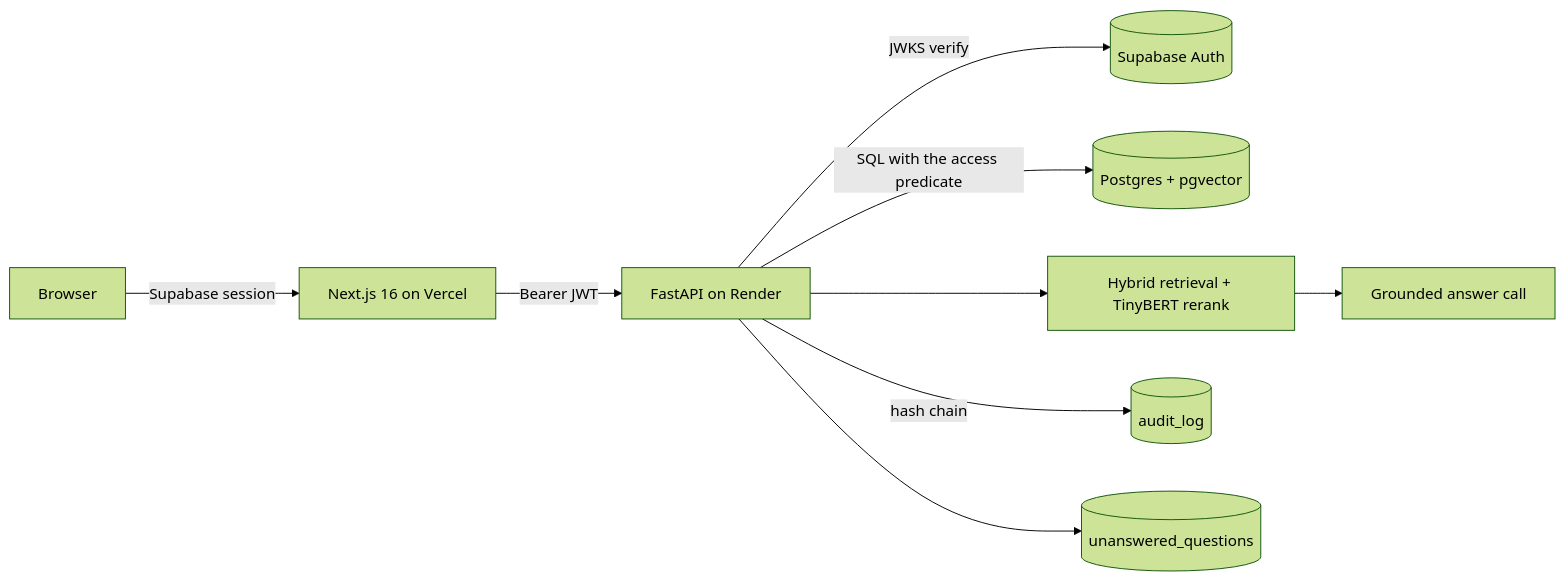
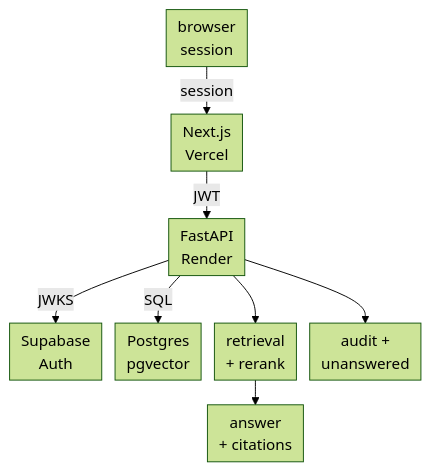
One commit to ibrahimSumon47/Enterprise-Knowledge-Copilot changed the diagram in README.md. Above: the diagram before and after it, drawn with Mermaid (forest theme).

Commit message:
docs: compact the README architecture diagram for phones
The left-to-right map was 1607px wide, so GitHub scaled it to 19% inside a
390px viewport and the labels were unreadable. A top-down layout with short
labels is 430px wide and renders at 71% there, keeping auth, database,
retrieval, audit and the unanswered queue distinct.

````diff
--- a/README.md
+++ b/README.md
@@ -99,11 +99,10 @@
 ```mermaid
-flowchart LR
-  U[Browser] -->|Supabase session| W[Next.js 16 on Vercel]
-  W -->|Bearer JWT| A[FastAPI on Render]
-  A -->|JWKS verify| S[(Supabase Auth)]
-  A -->|SQL with the access predicate| P[(Postgres + pgvector)]
-  A --> R[Hybrid retrieval + TinyBERT rerank]
-  R --> L[Grounded answer call]
-  A -->|hash chain| AUD[(audit_log)]
-  A --> Q[(unanswered_questions)]
+%%{init: {"flowchart": {"nodeSpacing": 14, "rankSpacing": 26, "padding": 6}}}%%
+flowchart TB
+  U["browser<br/>session"] -->|session| W["Next.js<br/>Vercel"]
+  W -->|JWT| A["FastAPI<br/>Render"]
+  A -->|JWKS| S["Supabase<br/>Auth"]
+  A -->|SQL| D["Postgres<br/>pgvector"]
+  A --> R["retrieval<br/>+ rerank"] --> L["answer<br/>+ citations"]
+  A --> M["audit +<br/>unanswered"]
 ```
````
